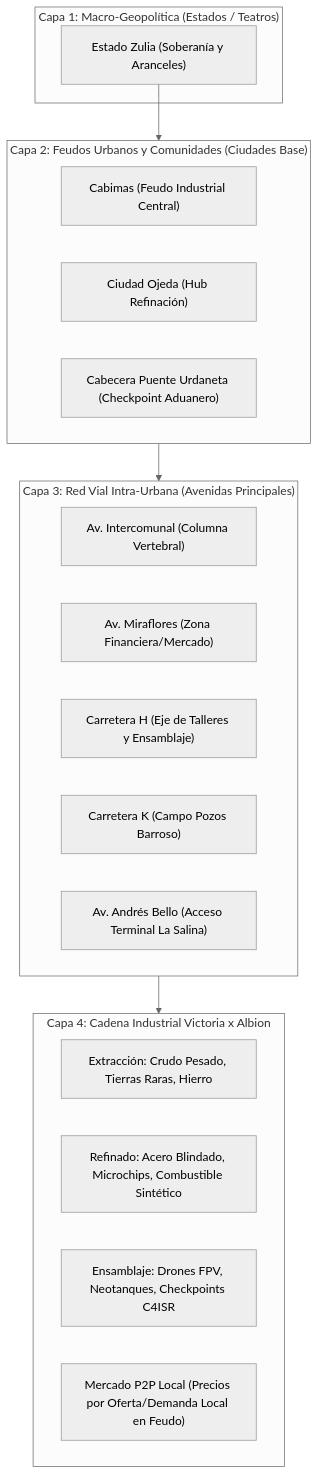
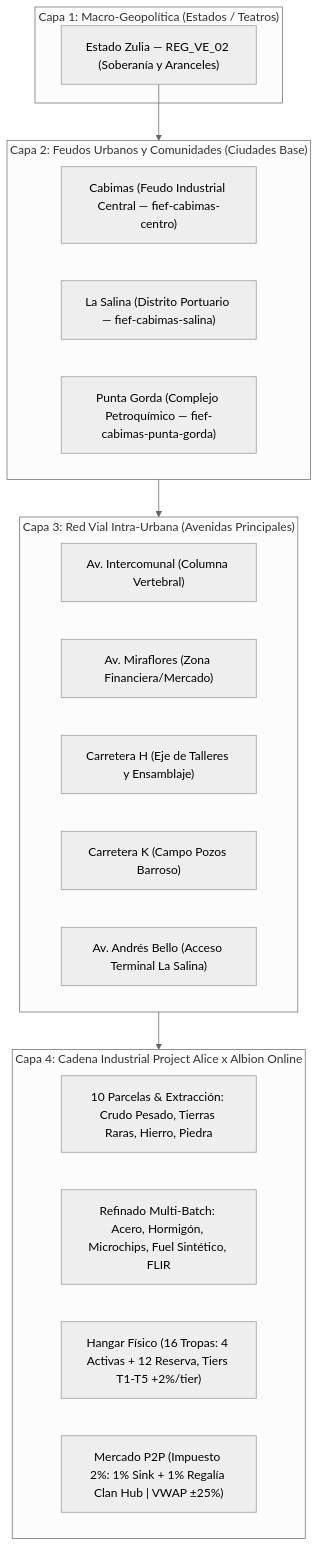
Before and after one commit to davikisea/GEOTACTICS-ONLINE: the first of 2 diagrams in docs/ARQUITECTURA_FEUDOS_CADENA_INDUSTRIAL_ALICE_ALBION.md, drawn with Mermaid (neutral theme). The commit also changed other lines of this file and 352 other files, not shown here.

Commit message:
feat(architecture): migración modular a 4 dominios (@domains/*), consolidación de base de datos y sincronización de suites deterministas

````diff
--- a/docs/ARQUITECTURA_FEUDOS_CADENA_INDUSTRIAL_ALICE_ALBION.md
+++ b/docs/ARQUITECTURA_FEUDOS_CADENA_INDUSTRIAL_ALICE_ALBION.md
@@ -14,31 +34,31 @@
 ```mermaid
 flowchart TD
     subgraph Macro ["Capa 1: Macro-Geopolítica (Estados / Teatros)"]
-        Zulia["Estado Zulia (Soberanía y Aranceles)"]
+        Zulia["Estado Zulia — REG_VE_02 (Soberanía y Aranceles)"]
     end
 
     subgraph FeudosUrbanos ["Capa 2: Feudos Urbanos y Comunidades (Ciudades Base)"]
-        Cabimas["Cabimas (Feudo Industrial Central)"]
-        CiudadOjeda["Ciudad Ojeda (Hub Refinación)"]
-        Puente["Cabecera Puente Urdaneta (Checkpoint Aduanero)"]
+        Cabimas["Cabimas (Feudo Industrial Central — fief-cabimas-centro)"]
+        LaSalina["La Salina (Distrito Portuario — fief-cabimas-salina)"]
+        PuntaGorda["Punta Gorda (Complejo Petroquímico — fief-cabimas-punta-gorda)"]
     end
 
     subgraph RedIntraurbana ["Capa 3: Red Vial Intra-Urbana (Avenidas Principales)"]
         Intercomunal["Av. Intercomunal (Columna Vertebral)"]
         Miraflores["Av. Miraflores (Zona Financiera/Mercado)"]
         CarreteraH["Carretera H (Eje de Talleres y Ensamblaje)"]
         CarreteraK["Carretera K (Campo Pozos Barroso)"]
         AndresBello["Av. Andrés Bello (Acceso Terminal La Salina)"]
     end
 
-    subgraph EconomiaAlbion ["Capa 4: Cadena Industrial Victoria x Albion"]
-        RGOs["Extracción: Crudo Pesado, Tierras Raras, Hierro"]
-        Refinacion["Refinado: Acero Blindado, Microchips, Combustible Sintético"]
-        Manufactura["Ensamblaje: Drones FPV, Neotanques, Checkpoints C4ISR"]
-        MercadoP2P["Mercado P2P Local (Precios por Oferta/Demanda Local en Feudo)"]
+    subgraph EconomiaAlbion ["Capa 4: Cadena Industrial Project Alice x Albion Online"]
+        RGOs["10 Parcelas & Extracción: Crudo Pesado, Tierras Raras, Hierro, Piedra"]
+        Refinacion["Refinado Multi-Batch: Acero, Hormigón, Microchips, Fuel Sintético, FLIR"]
+        Manufactura["Hangar Físico (16 Tropas: 4 Activas + 12 Reserva, Tiers T1-T5 +2%/tier)"]
+        MercadoP2P["Mercado P2P (Impuesto 2%: 1% Sink + 1% Regalía Clan Hub | VWAP ±25%)"]
     end
 
     Zulia --> FeudosUrbanos
     FeudosUrbanos --> RedIntraurbana
     RedIntraurbana --> EconomiaAlbion
 ```
````
